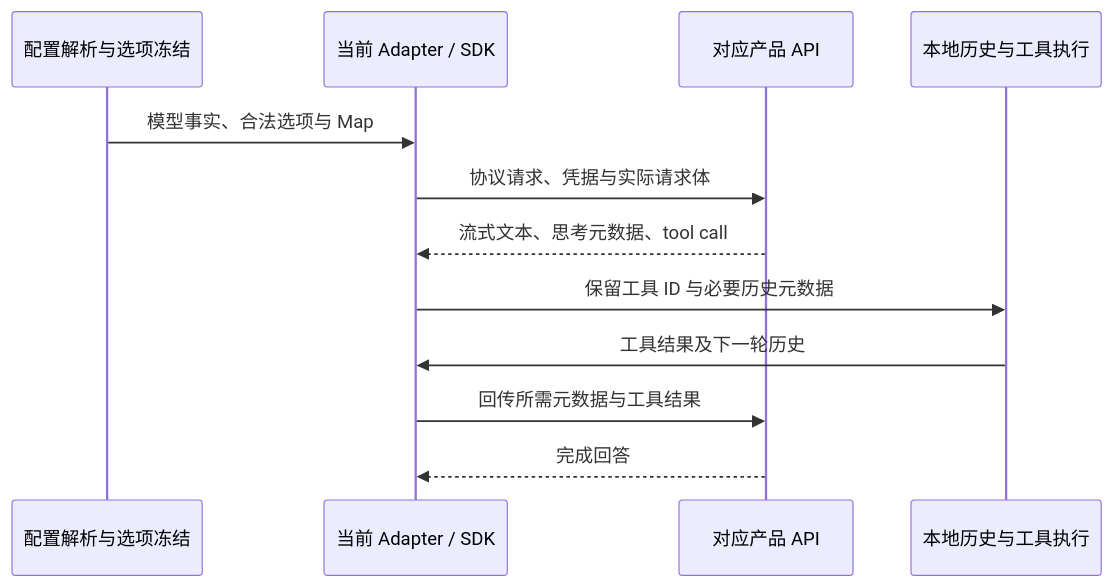
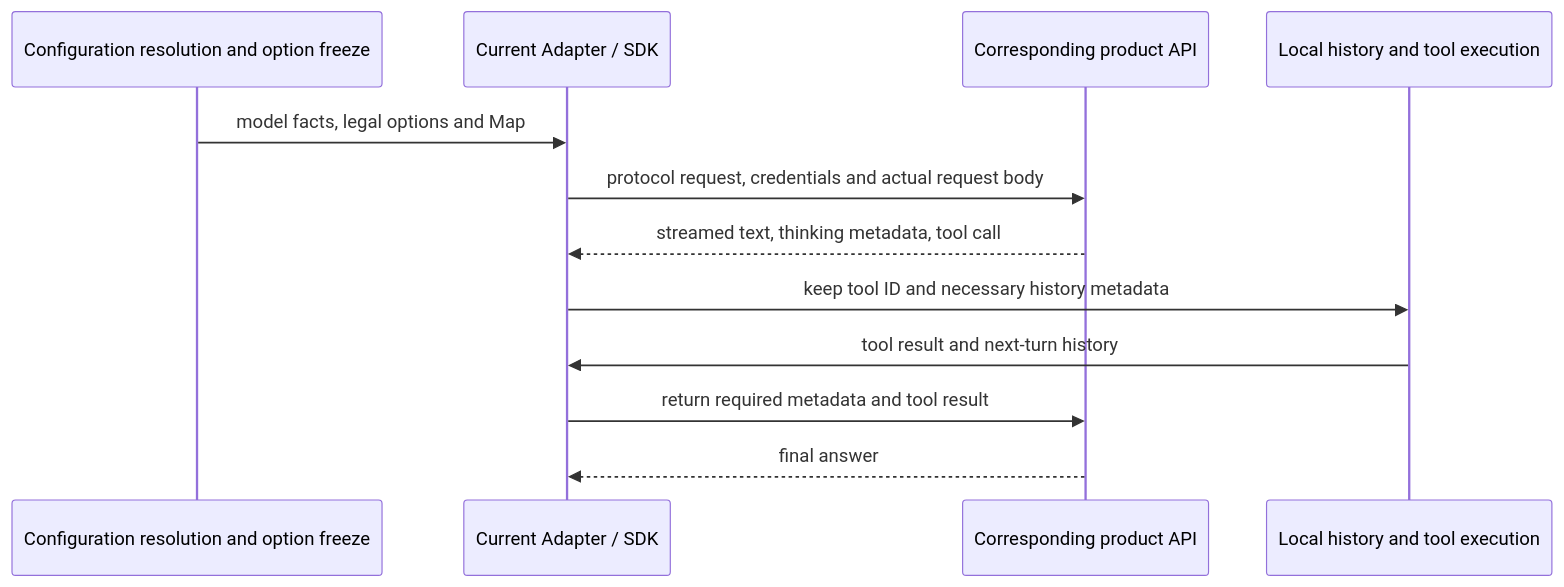
The diagram in docs/builtin-provider-maintenance/expansion-plan.md (osben/ZCode), drawn with Mermaid before and after one commit. The commit also changed other lines of this file and 25 other files, not shown here.

````diff
--- a/docs/builtin-provider-maintenance/expansion-plan.md
+++ b/docs/builtin-provider-maintenance/expansion-plan.md
@@ -149,14 +149,14 @@
 ```mermaid
 sequenceDiagram
-    participant C as 配置解析与选项冻结
-    participant A as 当前 Adapter / SDK
-    participant P as 对应产品 API
-    participant H as 本地历史与工具执行
-    C->>A: 模型事实、合法选项与 Map
-    A->>P: 协议请求、凭据与实际请求体
-    P-->>A: 流式文本、思考元数据、tool call
-    A->>H: 保留工具 ID 与必要历史元数据
-    H->>A: 工具结果及下一轮历史
-    A->>P: 回传所需元数据与工具结果
-    P-->>A: 完成回答
+    participant C as Configuration resolution and option freeze
+    participant A as Current Adapter / SDK
+    participant P as Corresponding product API
+    participant H as Local history and tool execution
+    C->>A: model facts, legal options and Map
+    A->>P: protocol request, credentials and actual request body
+    P-->>A: streamed text, thinking metadata, tool call
+    A->>H: keep tool ID and necessary history metadata
+    H->>A: tool result and next-turn history
+    A->>P: return required metadata and tool result
+    P-->>A: final answer
 ```
````
